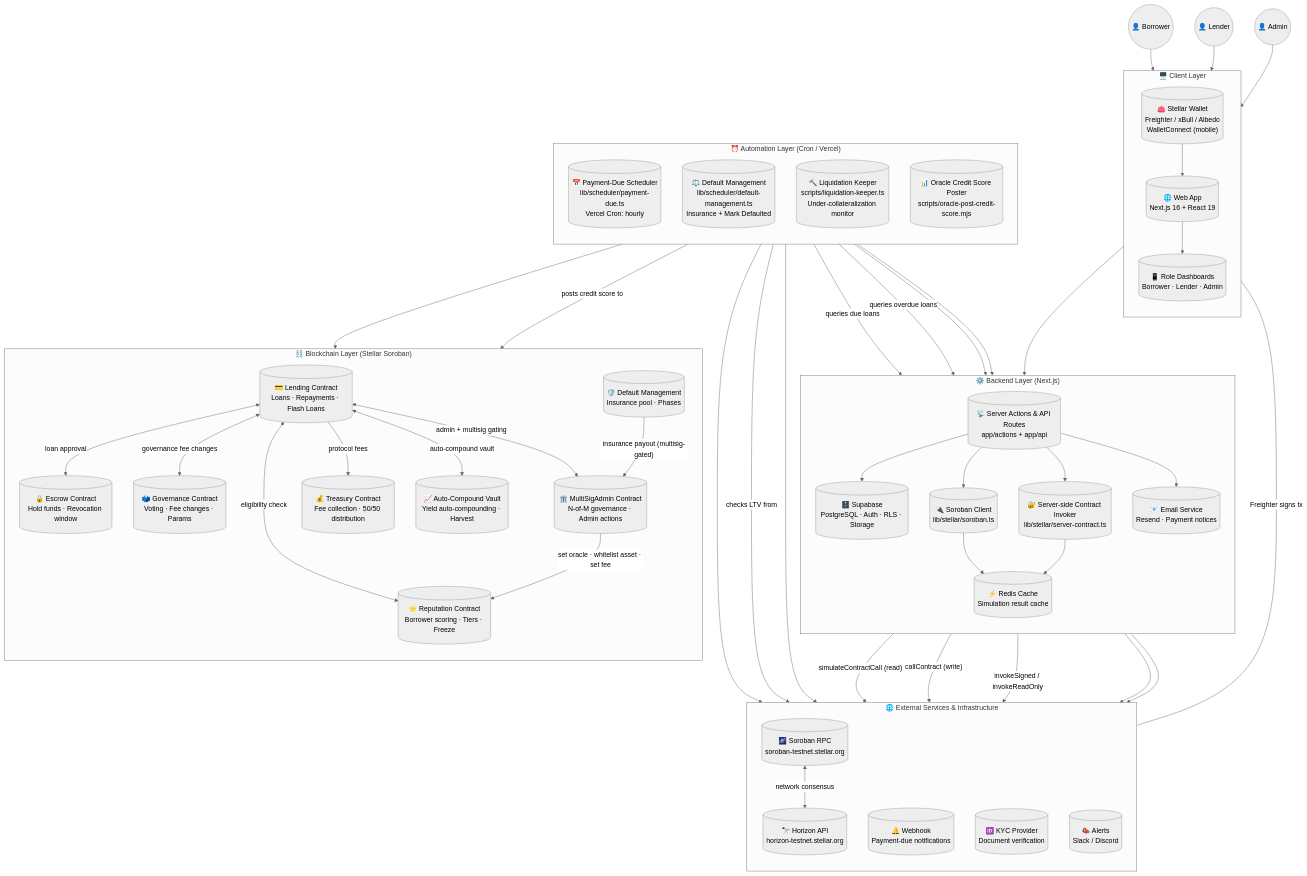
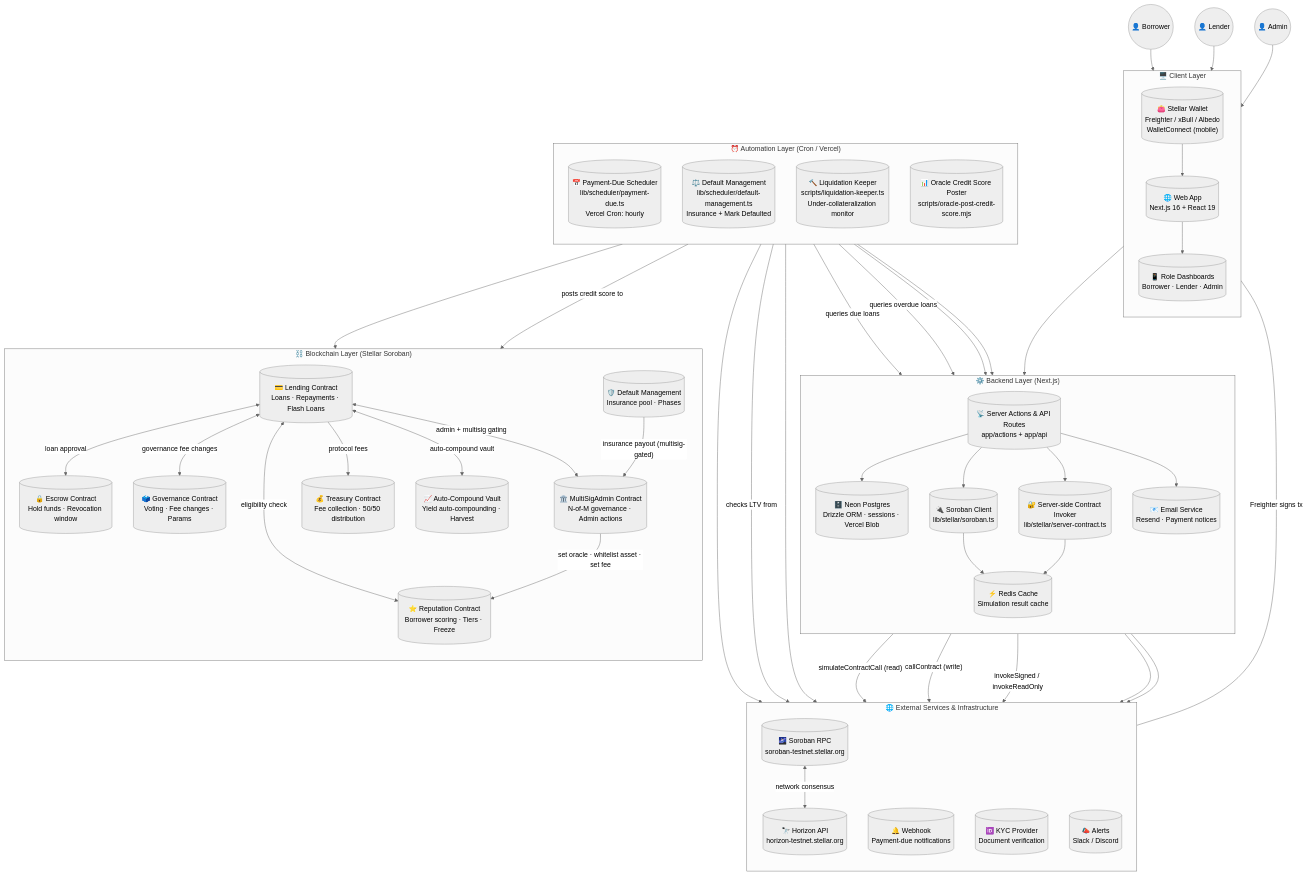
Before and after one commit to sauravs296/trustlend-stellar: the first of 2 diagrams in README.md, drawn with Mermaid (neutral theme). The commit also changed other lines of this file and 145 other files, not shown here.

First line of the commit message:
feat(db): migrate from Supabase to Neon Postgres with Drizzle ORM (phase 1)

```diff
--- a/README.md
+++ b/README.md
@@ -84,7 +84,7 @@
     subgraph Backend["⚙️ Backend Layer (Next.js)"]
         direction TB
         SA[("📡 Server Actions & API Routes<br/>app/actions + app/api")]
-        SB[("🗄️ Supabase<br/>PostgreSQL · Auth · RLS · Storage")]
+        SB[("🗄️ Neon Postgres<br/>Drizzle ORM · sessions · Vercel Blob")]
         RM[("🔌 Soroban Client<br/>lib/stellar/soroban.ts")]
         SC[("🔐 Server-side Contract Invoker<br/>lib/stellar/server-contract.ts")]
         RC[("⚡ Redis Cache<br/>Simulation result cache")]
```
